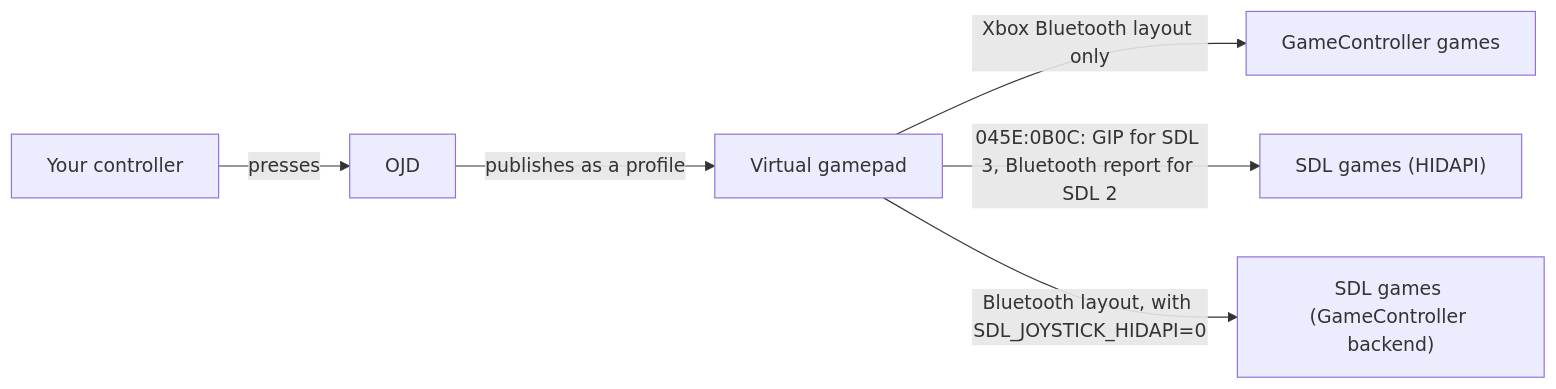
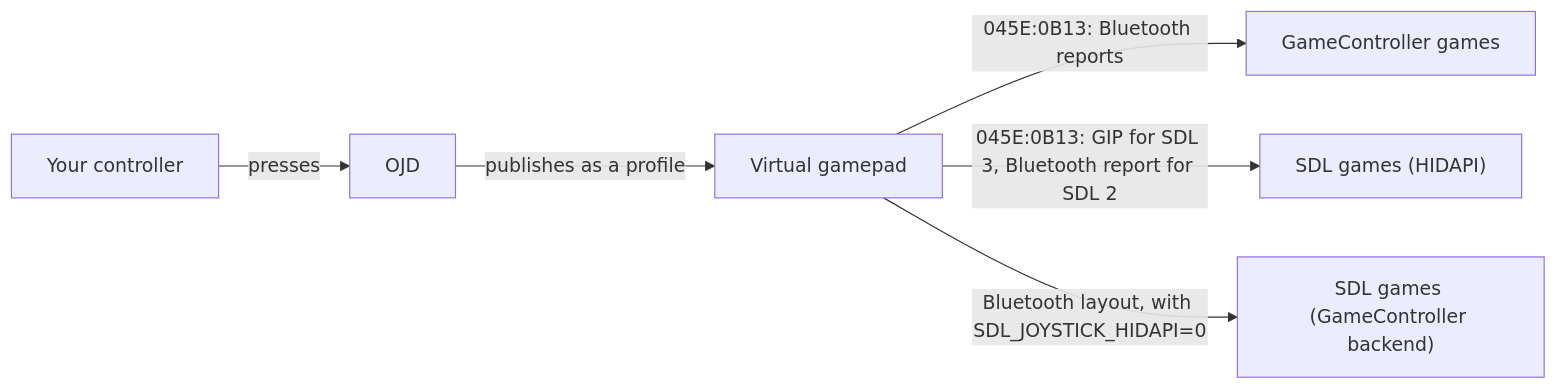
The diagram in docs/development/virtual-profile-selection.md (xsyetopz/OpenJoystickDriver), drawn with Mermaid before and after one commit. The commit also changed other lines of this file and 20 other files, not shown here.

First line of the commit message:
docs: describe SDLCompatible as the 0B13 Xbox Wireless Controller

````diff
--- a/docs/development/virtual-profile-selection.md
+++ b/docs/development/virtual-profile-selection.md
@@ -5,8 +5,8 @@
 ```mermaid
 flowchart LR
     p["Your controller"] -->|"presses"| o["OJD"]
     o -->|"publishes as a profile"| v["Virtual gamepad"]
-    v -->|"Xbox Bluetooth layout only"| gc["GameController games"]
-    v -->|"045E:0B0C: GIP for SDL 3, Bluetooth report for SDL 2"| sdl["SDL games (HIDAPI)"]
+    v -->|"045E:0B13: Bluetooth reports"| gc["GameController games"]
+    v -->|"045E:0B13: GIP for SDL 3, Bluetooth report for SDL 2"| sdl["SDL games (HIDAPI)"]
     v -->|"Bluetooth layout, with SDL_JOYSTICK_HIDAPI=0"| sdl2["SDL games (GameController backend)"]
 ```
````
